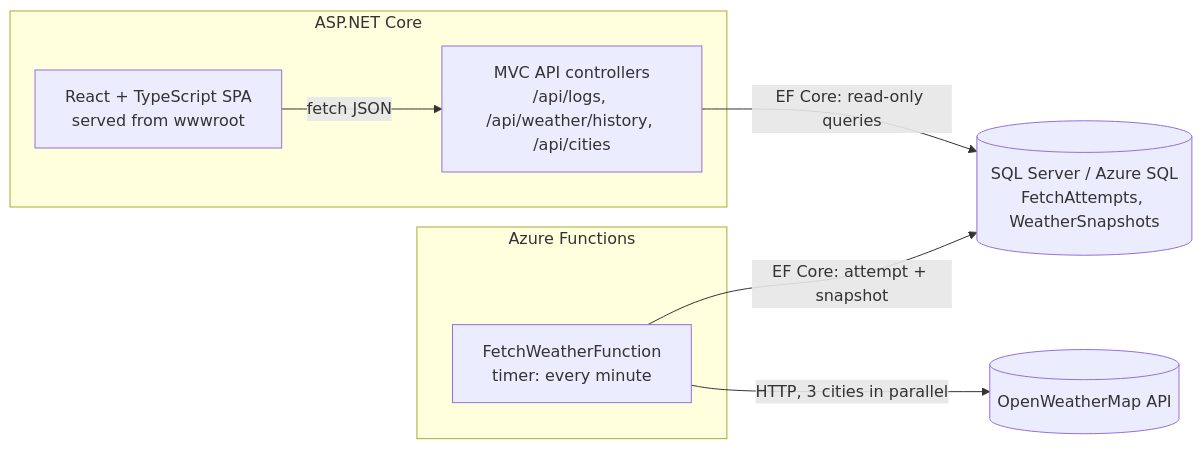
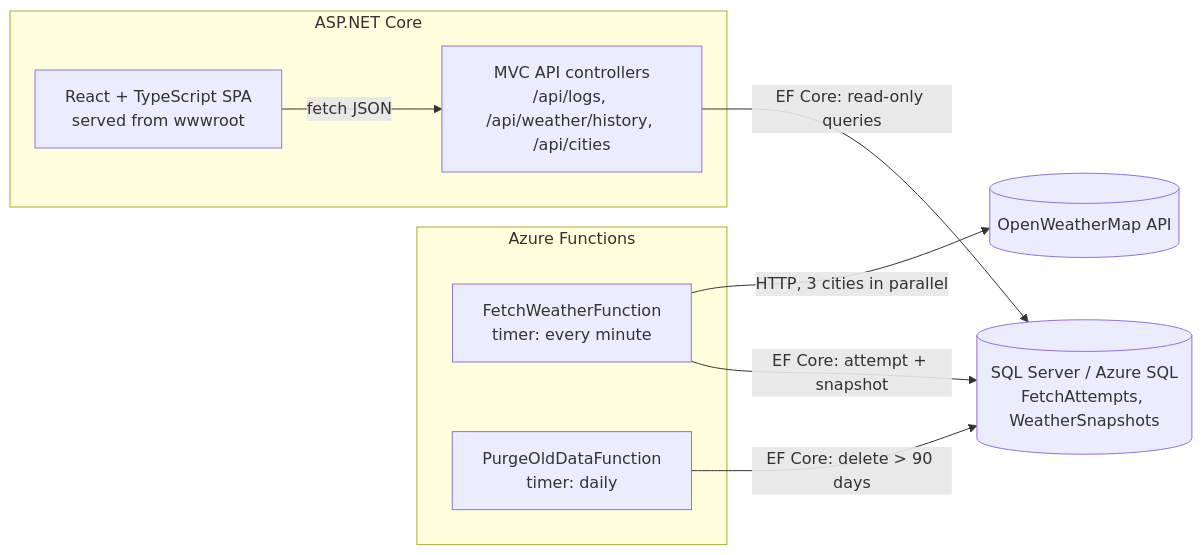
The diagram in README.md (Dmitrijs-Blinkovs/weather-monitor), drawn with Mermaid before and after one commit. The commit also changed other lines of this file and 89 other files, not shown here.

````diff
--- a/README.md
+++ b/README.md
@@ -47,17 +48,19 @@
 ```mermaid
 flowchart LR
     OWM[(OpenWeatherMap API)]
     subgraph Azure Functions
         F[FetchWeatherFunction<br/>timer: every minute]
+        P[PurgeOldDataFunction<br/>timer: daily]
     end
     subgraph ASP.NET Core
         API[MVC API controllers<br/>/api/logs, /api/weather/history, /api/cities]
         SPA[React + TypeScript SPA<br/>served from wwwroot]
     end
     DB[(SQL Server / Azure SQL<br/>FetchAttempts, WeatherSnapshots)]
 
     F -- "HTTP, 3 cities in parallel" --> OWM
     F -- "EF Core: attempt + snapshot" --> DB
+    P -- "EF Core: delete > 90 days" --> DB
     API -- "EF Core: read-only queries" --> DB
     SPA -- "fetch JSON" --> API
 ```
````
